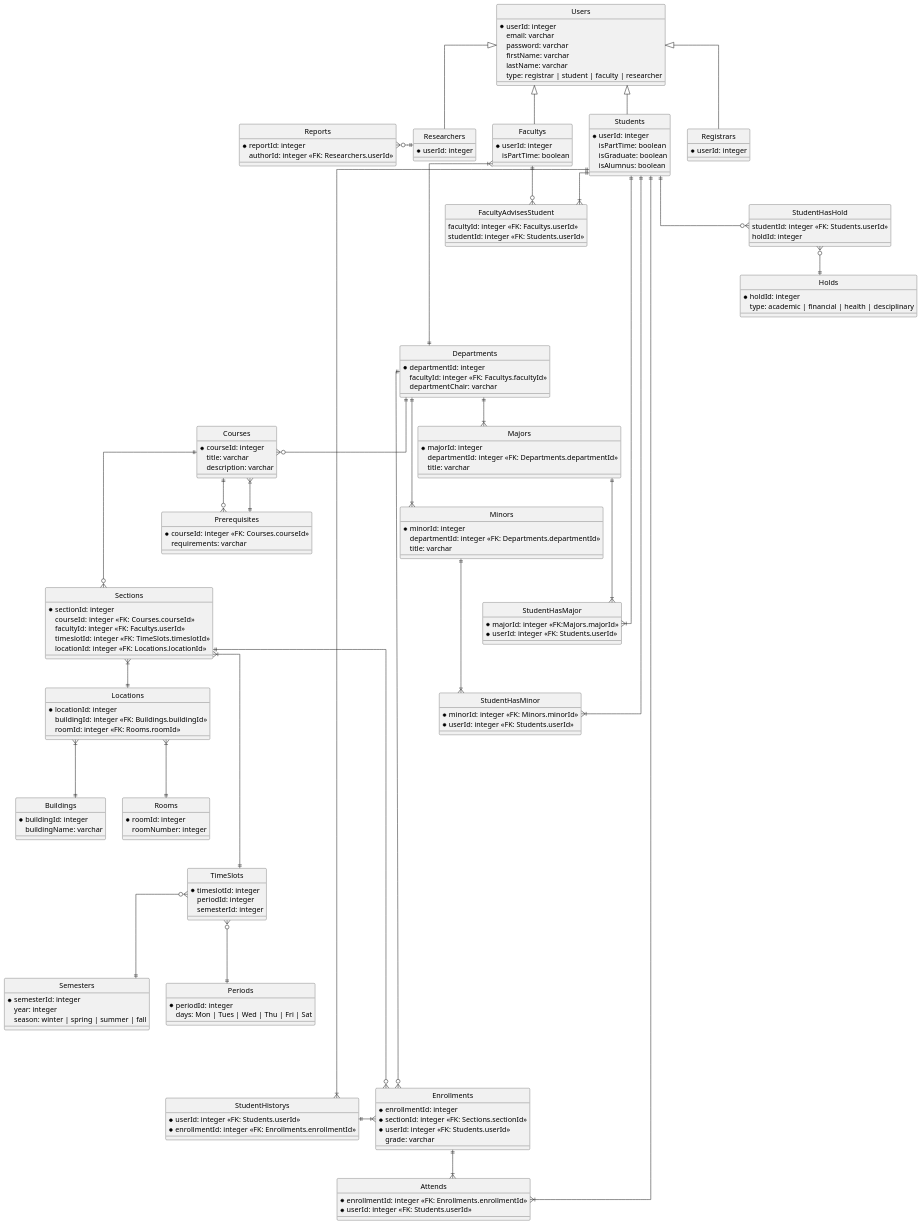
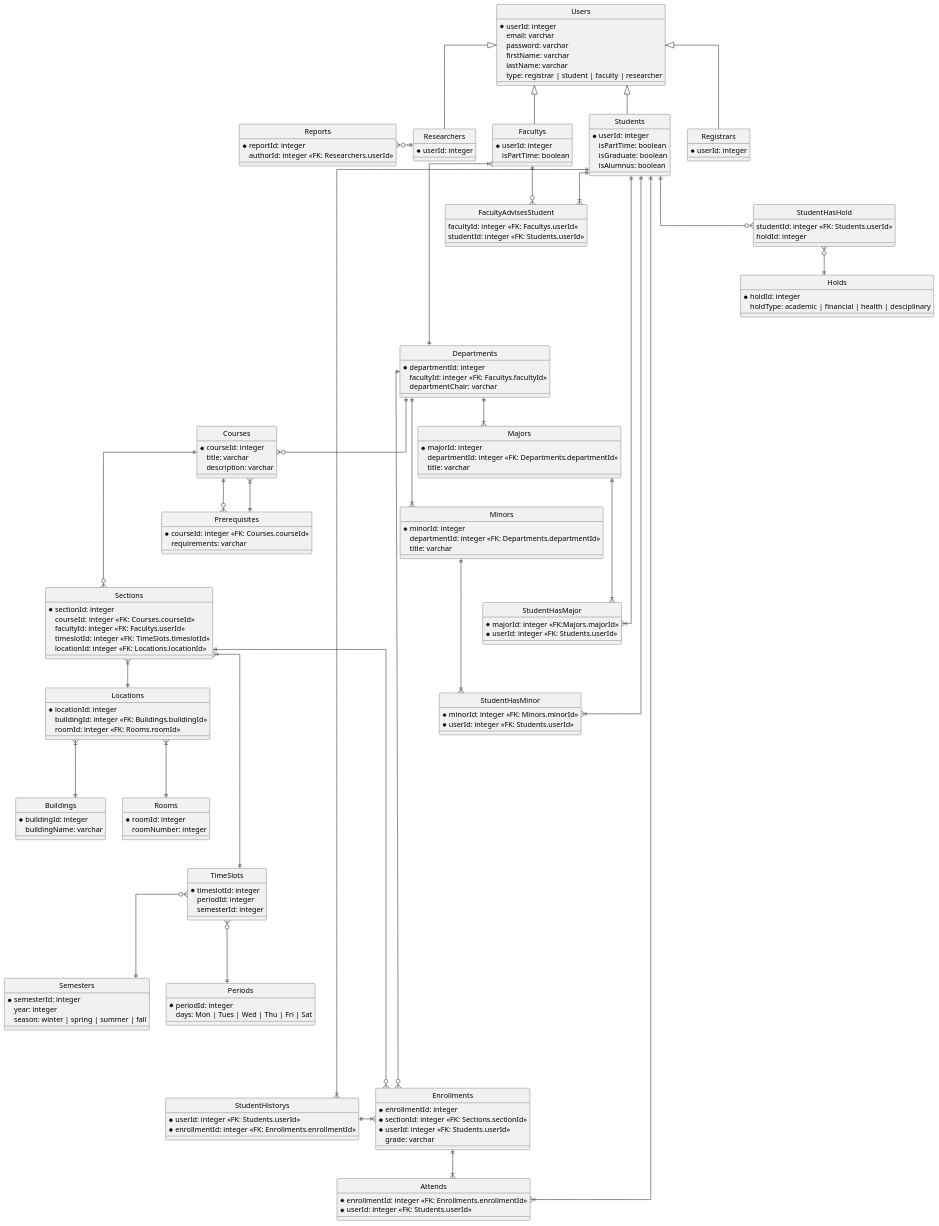
One commit to ow-fall2019-sysdes-nll/course-assistant changed the diagram in design/entities.puml. Above: the diagram before and after it, drawn with PlantUML.

Commit message:
Use holdType since type is reserved for subclass

```diff
--- a/design/entities.puml
+++ b/design/entities.puml
@@ -50,7 +50,7 @@
 
 entity Holds {
     * holdId: integer
-    type: academic | financial | health | desciplinary
+    holdType: academic | financial | health | desciplinary
 }
 
 entity StudentHasHold {
```
